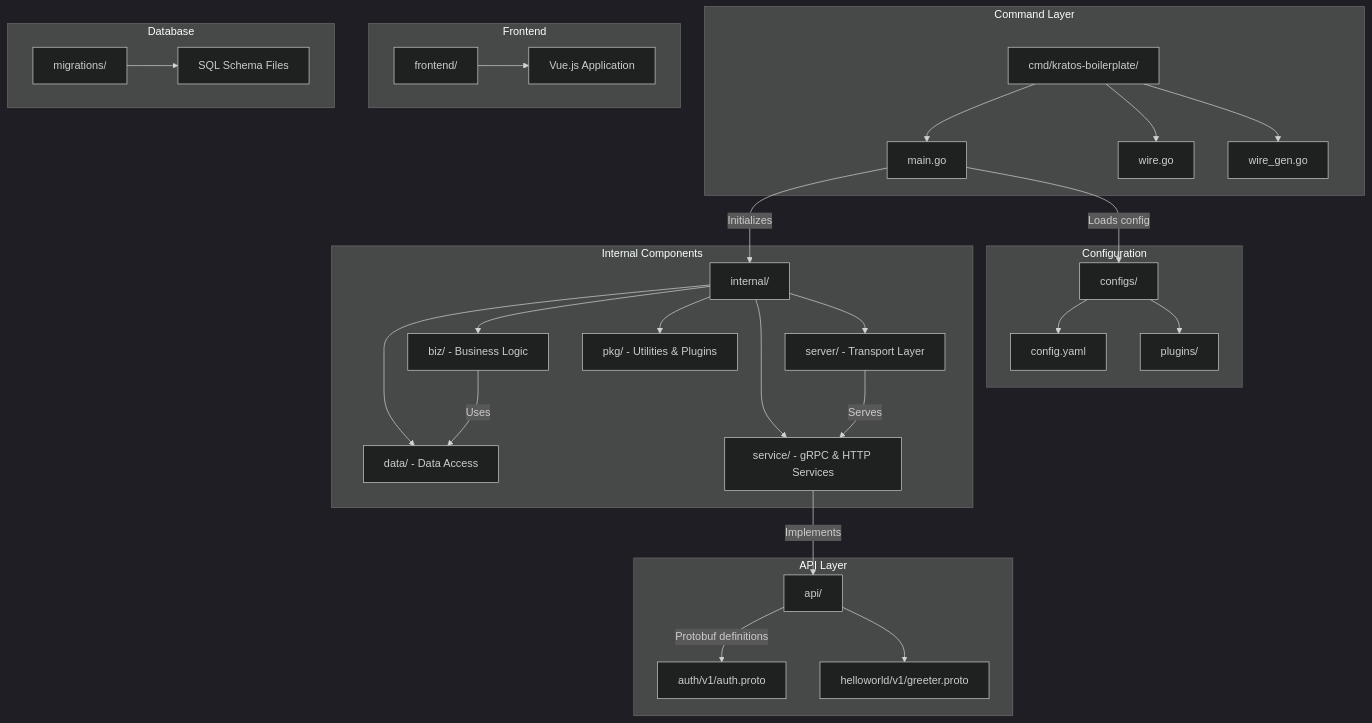
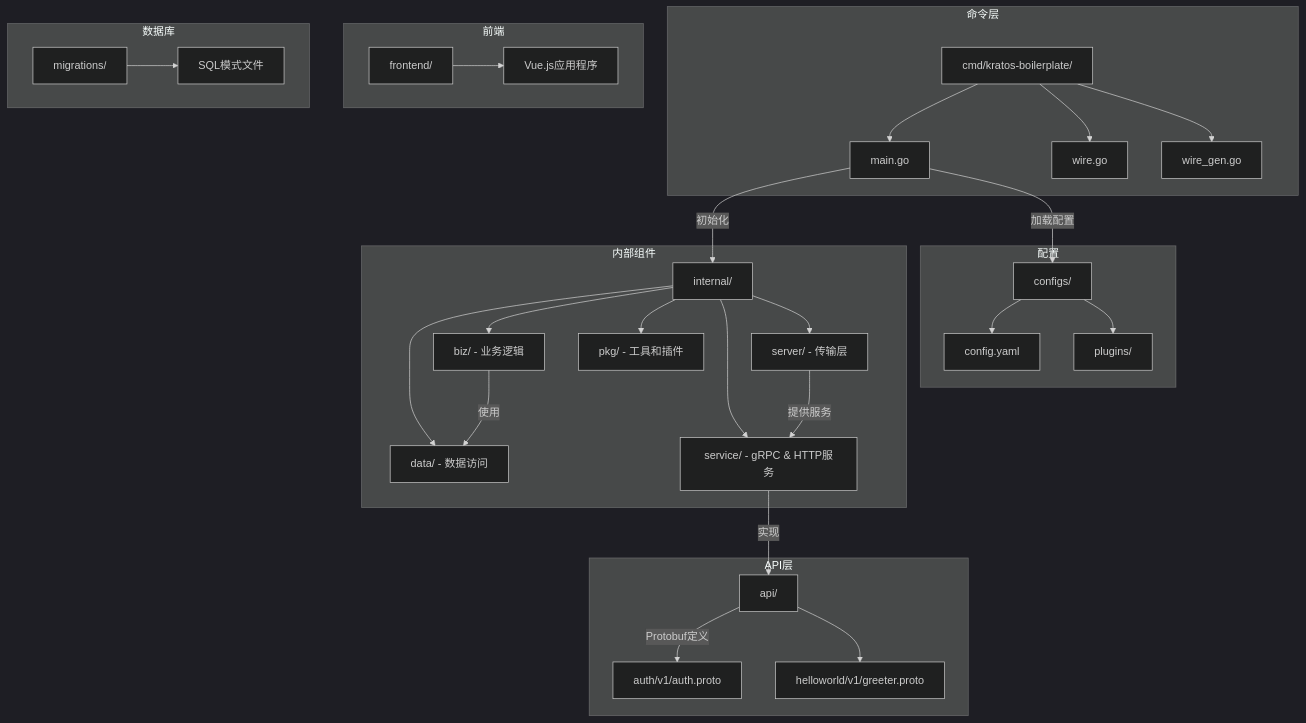
Before and after one commit to 26huitailang/kratos-boilerplate: the first of 2 diagrams in .qoder/repowiki/zh/content/Development Guide/Development Guide.md, drawn with Mermaid (dark theme). The commit also changed other lines of this file and 62 other files, not shown here.

````diff
--- a/.qoder/repowiki/zh/content/Development Guide/Development Guide.md
+++ b/.qoder/repowiki/zh/content/Development Guide/Development Guide.md
@@ -39,40 +47,40 @@
 ```mermaid
 graph TB
-subgraph "API Layer"
+subgraph "API层"
 A[api/]
-A --> |Protobuf definitions| B[auth/v1/auth.proto]
+A --> |Protobuf定义| B[auth/v1/auth.proto]
 A --> C[helloworld/v1/greeter.proto]
 end
-subgraph "Command Layer"
+subgraph "命令层"
 D[cmd/kratos-boilerplate/]
 D --> E[main.go]
 D --> F[wire.go]
 D --> G[wire_gen.go]
 end
-subgraph "Configuration"
+subgraph "配置"
 H[configs/]
 H --> I[config.yaml]
 H --> J[plugins/]
 end
-subgraph "Internal Components"
+subgraph "内部组件"
 K[internal/]
-K --> L[biz/ - Business Logic]
-K --> M[data/ - Data Access]
-K --> N[server/ - Transport Layer]
-K --> O[service/ - gRPC & HTTP Services]
-K --> P[pkg/ - Utilities & Plugins]
+K --> L[biz/ - 业务逻辑]
+K --> M[data/ - 数据访问]
+K --> N[server/ - 传输层]
+K --> O[service/ - gRPC & HTTP服务]
+K --> P[pkg/ - 工具和插件]
 end
-subgraph "Frontend"
+subgraph "前端"
 Q[frontend/]
-Q --> R[Vue.js Application]
+Q --> R[Vue.js应用程序]
 end
-subgraph "Database"
+subgraph "数据库"
 S[migrations/]
-S --> T[SQL Schema Files]
+S --> T[SQL模式文件]
 end
-E --> |Loads config| H
-E --> |Initializes| K
-L --> |Uses| M
-O --> |Implements| A
-N --> |Serves| O
+E --> |加载配置| H
+E --> |初始化| K
+L --> |使用| M
+O --> |实现| A
+N --> |提供服务| O
 ```
````
